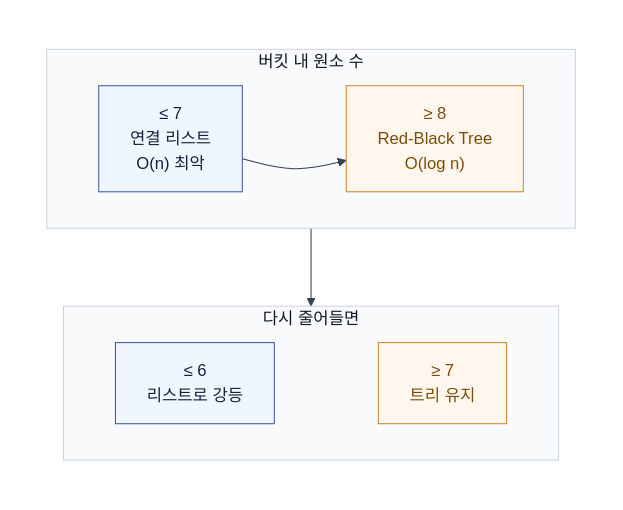
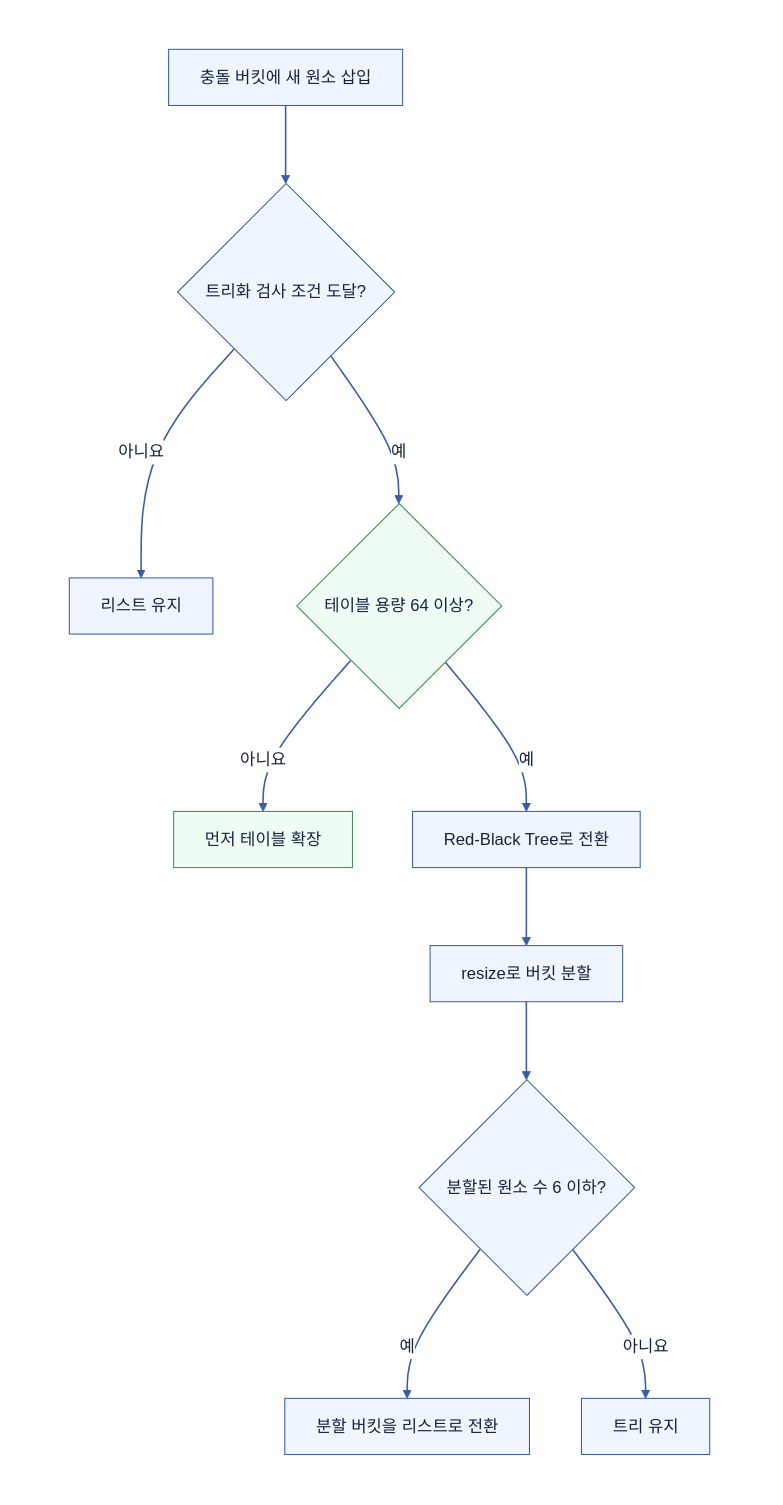
The second of 2 diagrams in computer-science/2607-java-collections.md (Hyune-s-lab/my-ai-study), drawn with Mermaid before and after one commit. The commit also changed other lines of this file and 28 other files, not shown here.

Commit message:
docs: Mermaid 호환성과 문서 가독성 개선

````diff
--- a/computer-science/2607-java-collections.md
+++ b/computer-science/2607-java-collections.md
@@ -137,39 +117,24 @@
 ```mermaid
----
-config:
-  theme: base
-  darkMode: false
-  look: classic
-  themeVariables:
-    background: "#ffffff"
-    primaryColor: "#ffffff"
-    primaryTextColor: "#111827"
-    primaryBorderColor: "#475569"
-    lineColor: "#334155"
-    edgeLabelBackground: "#ffffff"
----
-flowchart TB
+flowchart TD
+%%{init: {"theme": "base", "darkMode": false, "themeVariables": {"background": "#ffffff", "primaryColor": "#EFF6FF", "primaryTextColor": "#16213E", "primaryBorderColor": "#3B5BA5", "secondaryColor": "#F0FDF4", "tertiaryColor": "#FAF5FF", "lineColor": "#3B5BA5", "textColor": "#16213E", "edgeLabelBackground": "#ffffff", "clusterBkg": "#F8FAFC", "clusterBorder": "#CBD5E1"}}}%%
   subgraph canvas[" "]
-    direction TB
-    subgraph threshold["버킷 내 원소 수"]
-      direction LR
-      LT8["≤ 7<br/>연결 리스트<br/>O(n) 최악"]:::app
-      GE8["≥ 8<br/>Red-Black Tree<br/>O(log n)"]:::ctrl
-      LT8 ~~~ GE8
-    end
-    subgraph reverse["다시 줄어들면"]
-      direction LR
-      LE6["≤ 6<br/>리스트로 강등"]:::app
-      GE7["≥ 7<br/>트리 유지"]:::ctrl
-      LE6 ~~~ GE7
-    end
-    LT8 --> GE8
-    GE8 --> LE6
+    direction TD
+    insert["충돌 버킷에 새 원소 삽입"] --> check{"트리화 검사 조건 도달?"}
+    check -->|"아니요"| list["리스트 유지"]
+    check -->|"예"| capacity{"테이블 용량 64 이상?"}
+    capacity -->|"아니요"| resize["먼저 테이블 확장"]
+    capacity -->|"예"| tree["Red-Black Tree로 전환"]
+    tree --> split["resize로 버킷 분할"]
+    split --> small{"분할된 원소 수 6 이하?"}
+    small -->|"예"| untree["분할 버킷을 리스트로 전환"]
+    small -->|"아니요"| keep["트리 유지"]
   end
-
+  style canvas fill:#ffffff,stroke:#ffffff,color:#111827
+  linkStyle default stroke:#3B5BA5,stroke-width:1.5px
   classDef app fill:#EFF6FF,stroke:#3B5BA5,stroke-width:1px,color:#16213E
-  classDef ctrl fill:#FFF7ED,stroke:#C98A2B,stroke-width:1px,color:#7A4E0A
-  style canvas fill:#ffffff,stroke:#ffffff,stroke-width:0px,color:#111827
-  style threshold fill:#F8FAFC,stroke:#CBD5E1,stroke-width:1px,color:#111827
-  style reverse fill:#F8FAFC,stroke:#CBD5E1,stroke-width:1px,color:#111827
+  class insert,check,list,tree,split,small,untree,keep app
+  classDef db fill:#F0FDF4,stroke:#3F8E55,stroke-width:1px,color:#16213E
+  class capacity,resize db
+  classDef policy fill:#FAF5FF,stroke:#A855F7,stroke-width:1px,color:#16213E
+  classDef worker fill:#FFF7ED,stroke:#C98A2B,stroke-width:1px,color:#16213E
 ```
````
